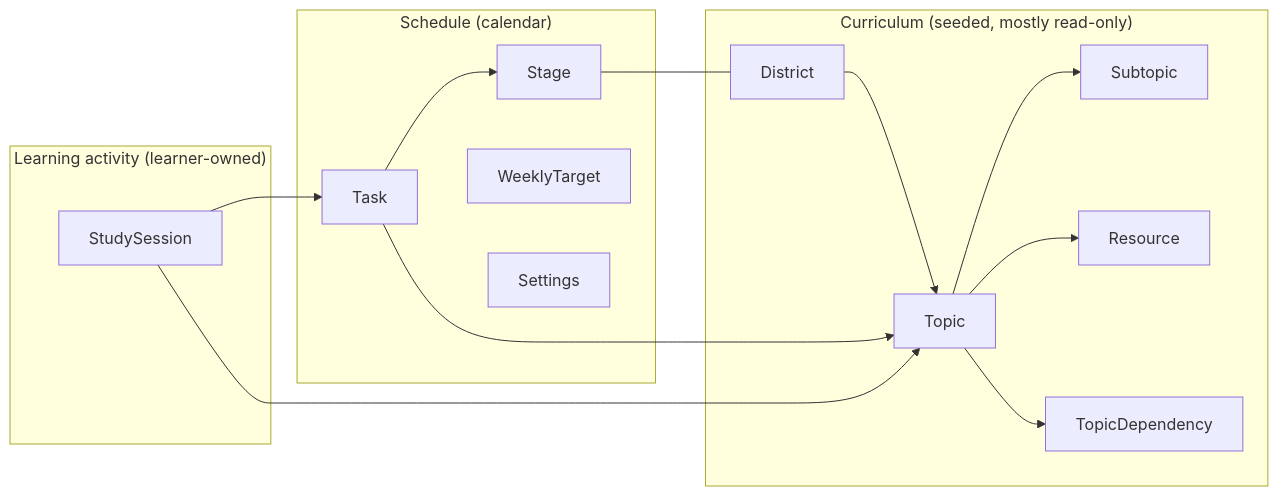
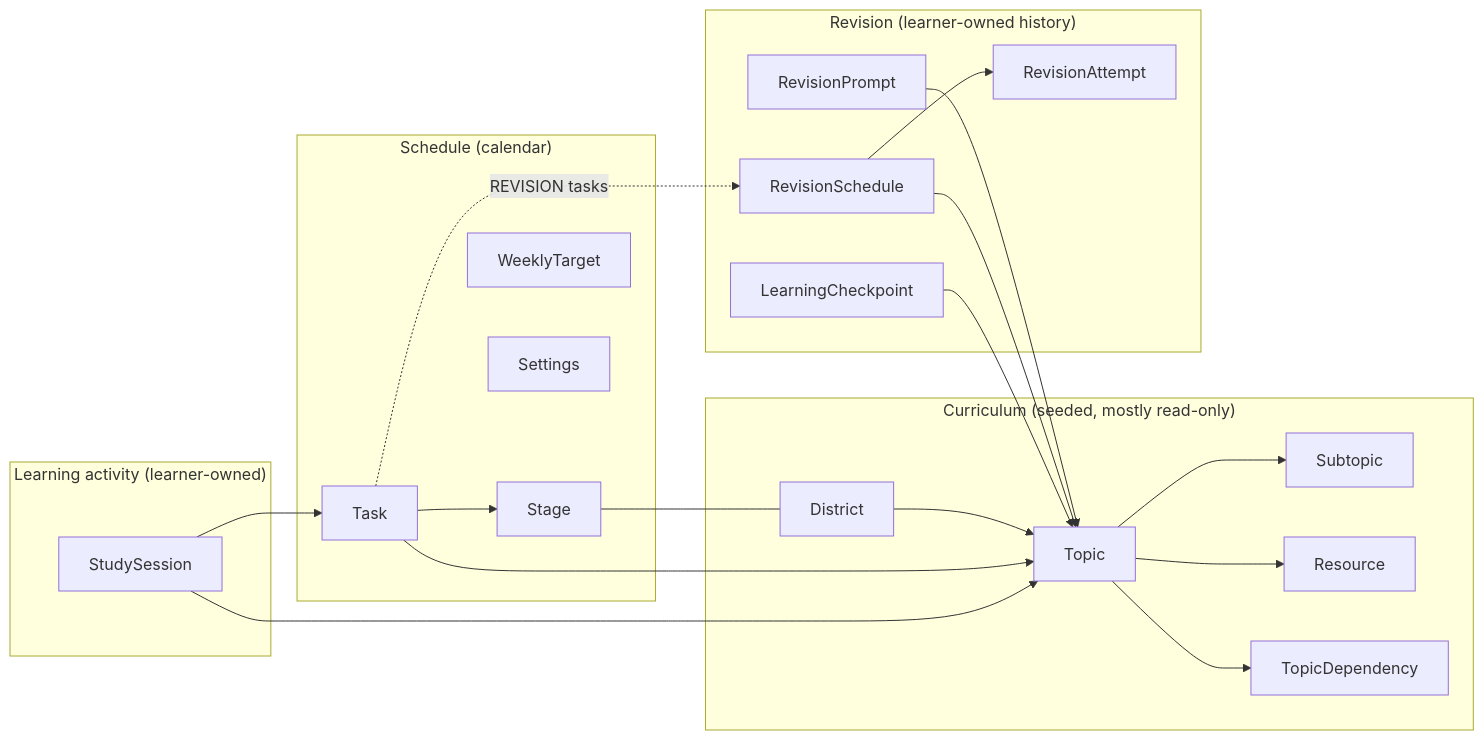
The fifth of 10 diagrams in docs/HLD.md (Abinash-Anand/Blueprint), drawn with Mermaid before and after one commit. The commit also changed other lines of this file and 46 other files, not shown here.

````diff
--- a/docs/HLD.md
+++ b/docs/HLD.md
@@ -138,21 +145,28 @@
 ```mermaid
 flowchart LR
   subgraph Curriculum["Curriculum (seeded, mostly read-only)"]
     D[District] --> T[Topic] --> ST[Subtopic]
     T --> RS[Resource]
     T --> TD[TopicDependency]
   end
   subgraph Plan["Schedule (calendar)"]
     SG[Stage] --- D
     TK[Task]
     WT[WeeklyTarget]
     SE[Settings]
   end
   subgraph Activity["Learning activity (learner-owned)"]
     SS[StudySession]
   end
+  subgraph Revision["Revision (learner-owned history)"]
+    RP[RevisionPrompt]
+    RSC[RevisionSchedule] --> RA[RevisionAttempt]
+    LC[LearningCheckpoint]
+  end
   TK --> T
   TK --> SG
   SS --> TK
   SS --> T
+  RP & RSC & LC --> T
+  TK -. "REVISION tasks" .-> RSC
 ```
````
